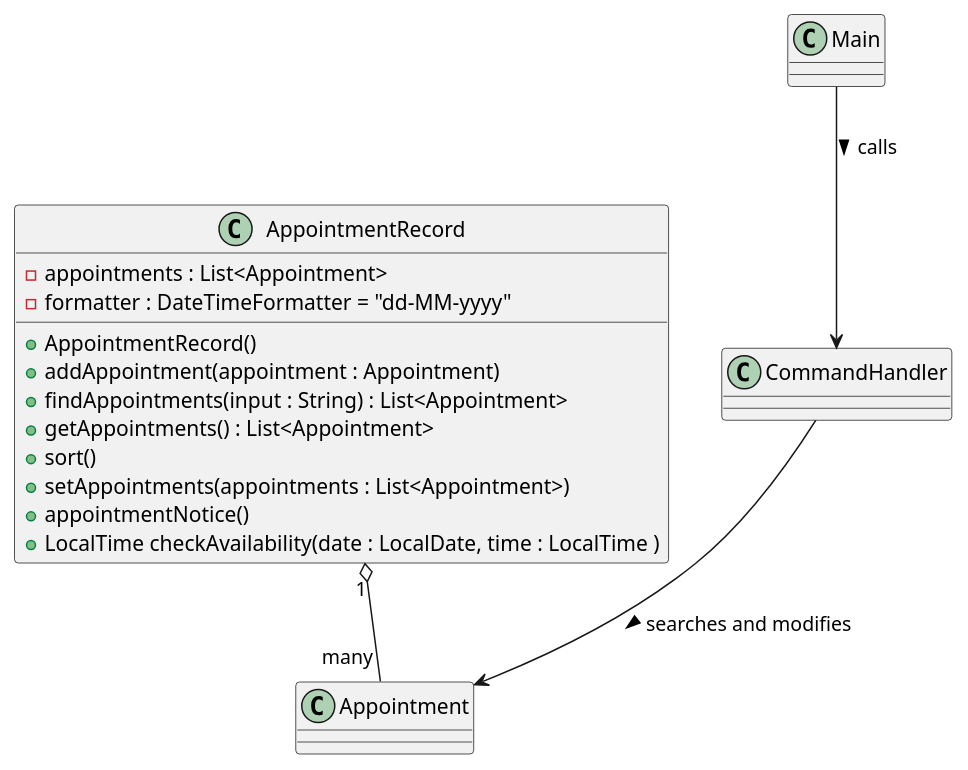
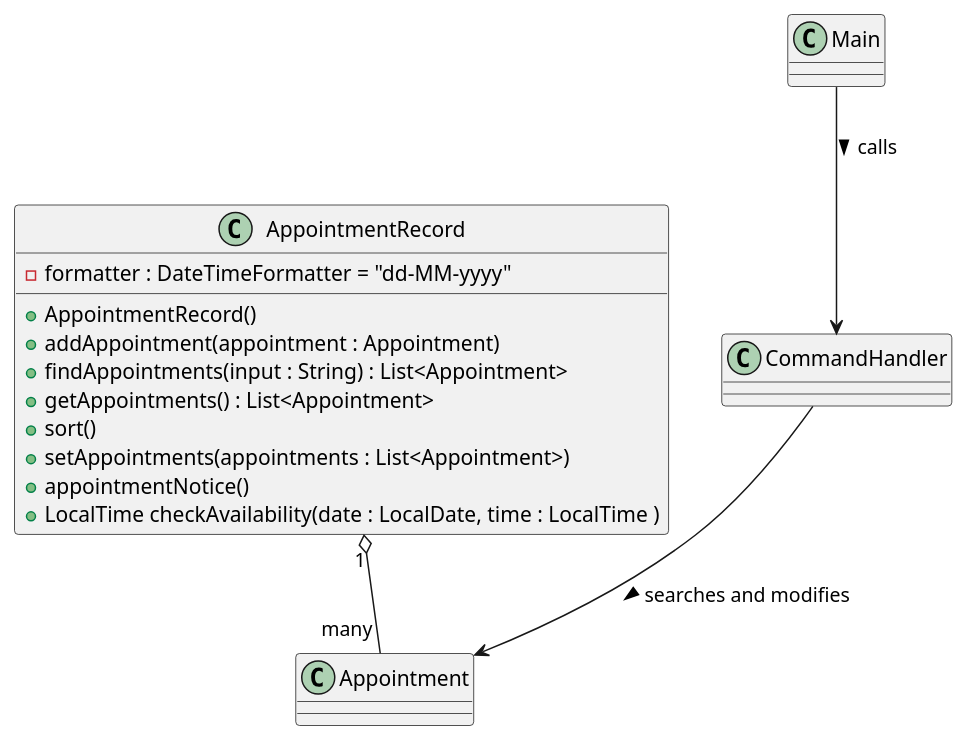
One commit to yentheng0110/tp changed the diagram in docs/AppointmentRecord.puml. Above: the diagram before and after it, drawn with PlantUML. The commit also changed 7 other files, not shown here.

Commit message:
Add the addVisit implementation, object diagrams and sequence diagram in the Developer Guide (DG) and modify DG in general after proofreading

```diff
--- a/docs/AppointmentRecord.puml
+++ b/docs/AppointmentRecord.puml
@@ -1,26 +1,25 @@
 @startuml
 'https://plantuml.com/class-diagram
 
 class AppointmentRecord {
-- appointments : List<Appointment>
 - formatter : DateTimeFormatter = "dd-MM-yyyy"
 + AppointmentRecord()
 + addAppointment(appointment : Appointment)
 + findAppointments(input : String) : List<Appointment>
 + getAppointments() : List<Appointment>
 + sort()
 + setAppointments(appointments : List<Appointment>)
 + appointmentNotice()
 + LocalTime checkAvailability(date : LocalDate, time : LocalTime )
 }
 
 class Main {}
 class CommandHandler {}
 class AppointmentRecord {}
 
 
 CommandHandler --> Appointment : searches and modifies >
 AppointmentRecord "1" o-- "many" Appointment
 Main --> CommandHandler : calls >
 
 @enduml
```
